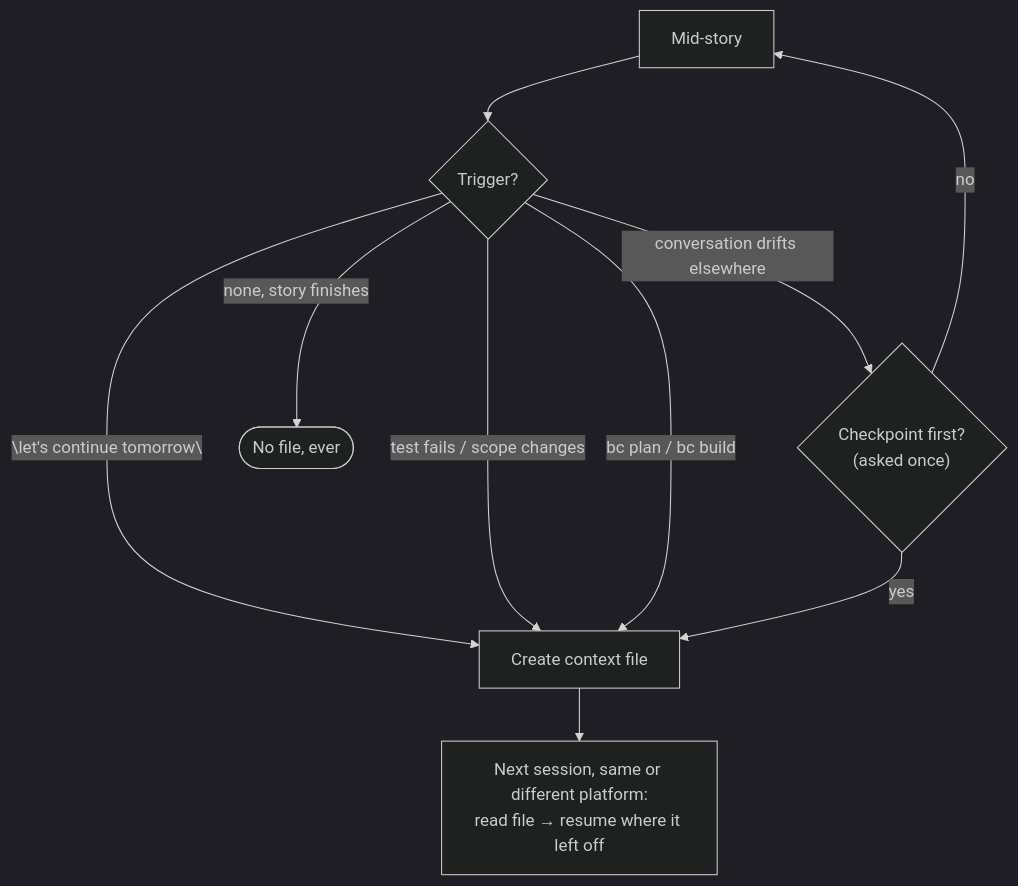
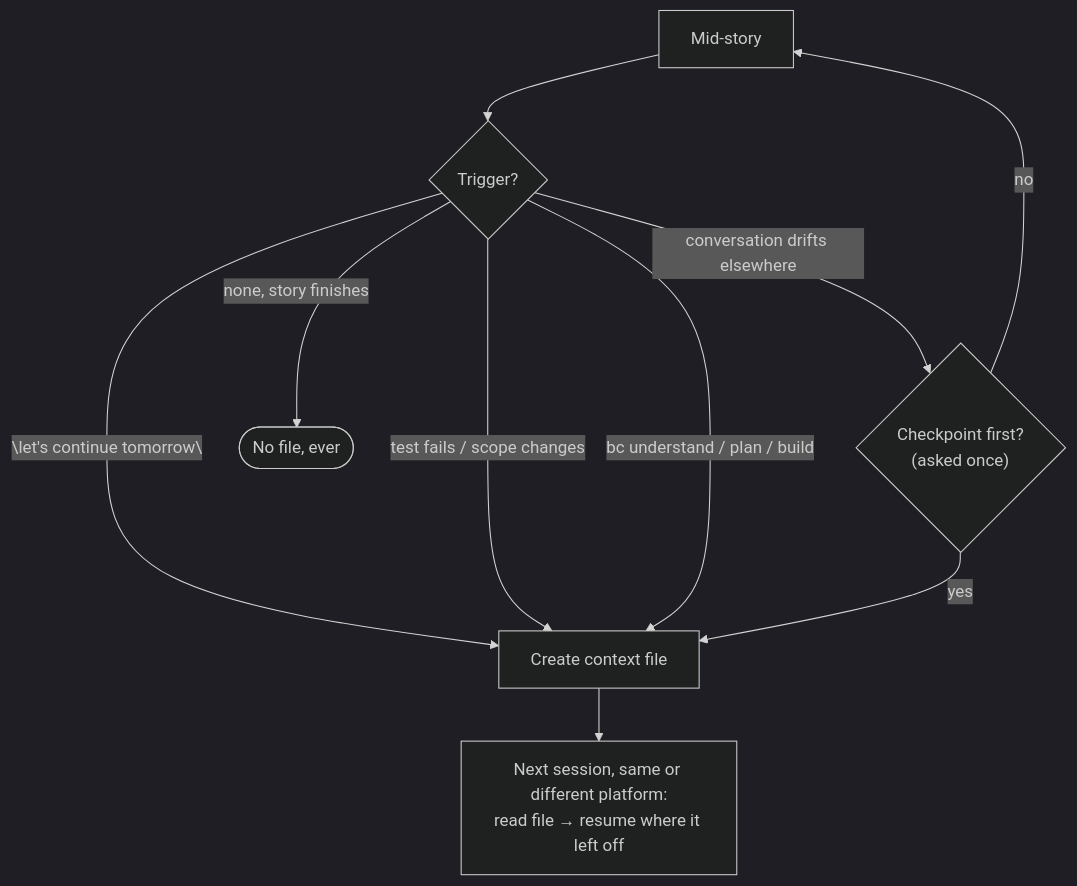
Before and after one commit to alias01/breadcrumbs: the second of 2 diagrams in README.md, drawn with Mermaid (dark theme). The commit also changed other lines of this file and 12 other files, not shown here.

First line of the commit message:
fix(skill): bc understand writes file, bc build never commits

````diff
--- a/README.md
+++ b/README.md
@@ -48,13 +48,13 @@
 ```mermaid
 flowchart TD
     W[Mid-story] --> Trig{Trigger?}
     Trig -- "\"let's continue tomorrow\"" --> C[Create context file]
     Trig -- "test fails / scope changes" --> C
-    Trig -- "bc plan / bc build" --> C
+    Trig -- "bc understand / plan / build" --> C
     Trig -- "conversation drifts elsewhere" --> Ask{"Checkpoint first?<br/>(asked once)"}
     Ask -- yes --> C
     Ask -- no --> W
     Trig -- none, story finishes --> None([No file, ever])
 
     C --> R["Next session, same or different platform:<br/>read file → resume where it left off"]
 ```
````
